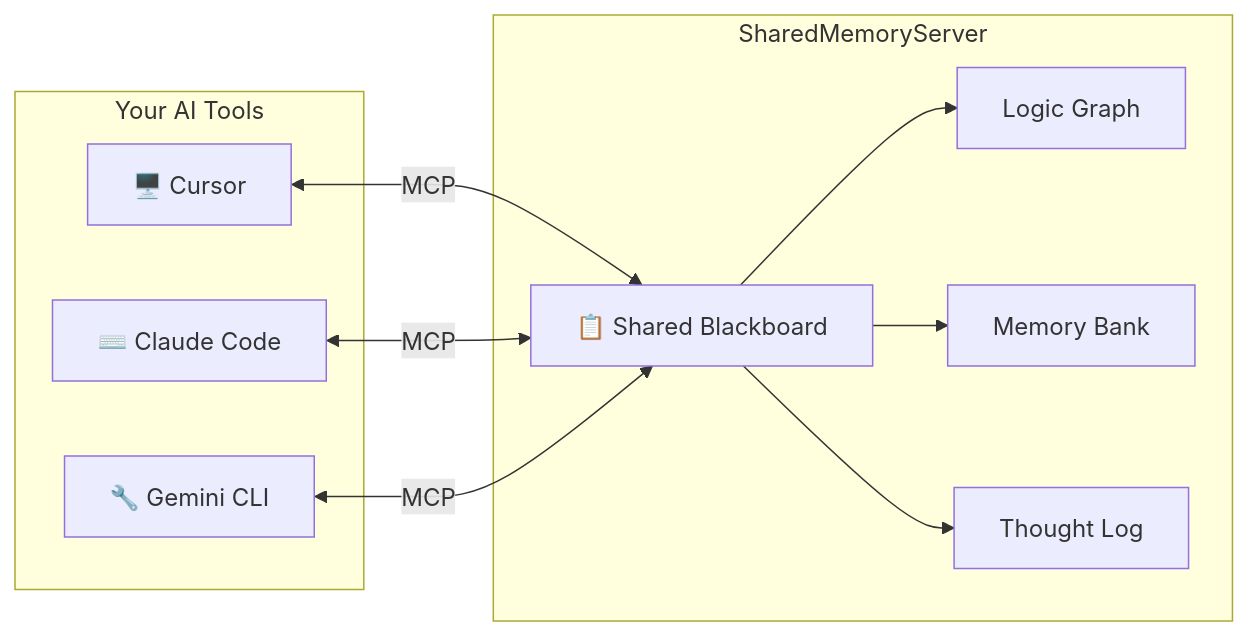
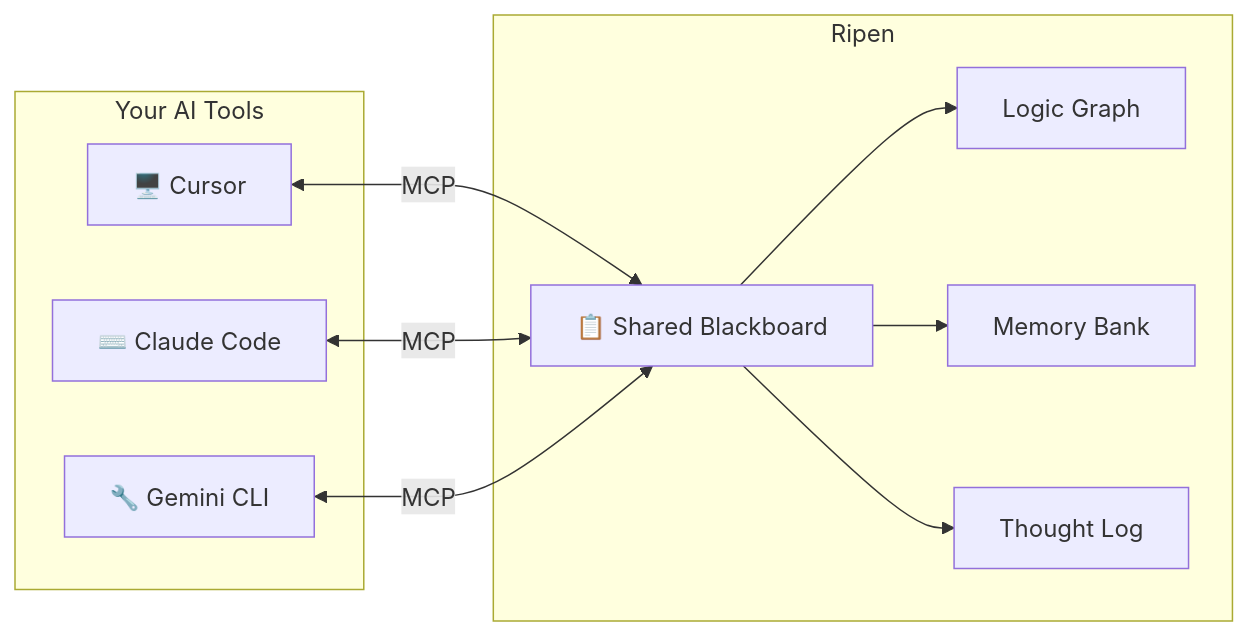
The diagram in README.md (ayato-labs/ripen), drawn with Mermaid before and after one commit. The commit also changed other lines of this file and 205 other files, not shown here.

Commit message:
feat: implement modular architecture, enhanced testing suite, and comprehensive documentation for the Ripen core framework.

````diff
--- a/README.md
+++ b/README.md
@@ -32,17 +32,17 @@
 ```mermaid
 graph LR
     subgraph "Your AI Tools"
         A1["🖥️ Cursor"]
         A2["⌨️ Claude Code"]
         A3["🔧 Gemini CLI"]
     end
-    subgraph "SharedMemoryServer"
+    subgraph "Ripen"
         M["📋 Shared Blackboard"]
         M --> G["Logic Graph"]
         M --> B["Memory Bank"]
         M --> T["Thought Log"]
     end
     A1 <-->|MCP| M
     A2 <-->|MCP| M
     A3 <-->|MCP| M
 ```
````
